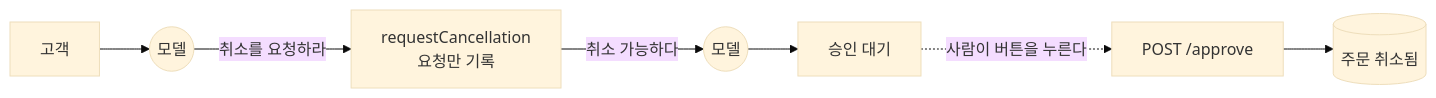
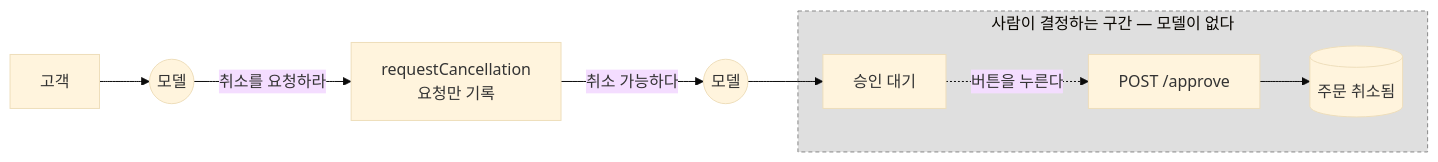
One commit to devjune/ai-study changed diagram 14 of 22 in docs/phase2/Spring AI로 구현하는 에이전틱 패턴.md. Above: the diagram before and after it, drawn with Mermaid (base theme). The commit also changed other lines of this file and 1 other file, not shown here.

````diff
--- a/docs/phase2/Spring AI로 구현하는 에이전틱 패턴.md
+++ b/docs/phase2/Spring AI로 구현하는 에이전틱 패턴.md
@@ -502,9 +508,12 @@
 ```mermaid
 flowchart LR
     U[고객] --> M1((모델))
     M1 -->|취소를 요청하라| T[requestCancellation<br/>요청만 기록]
     T -->|취소 가능하다| M2((모델))
     M2 --> W[승인 대기]
-    W -.사람이 버튼을 누른다.-> A[POST /approve]
-    A --> D[(주문 취소됨)]
+    subgraph H [사람이 결정하는 구간 — 모델이 없다]
+        W -.버튼을 누른다.-> A[POST /approve]
+        A --> D[(주문 취소됨)]
+    end
+    style H fill:#8884,stroke:#888,stroke-dasharray:4 3
 ```
````
